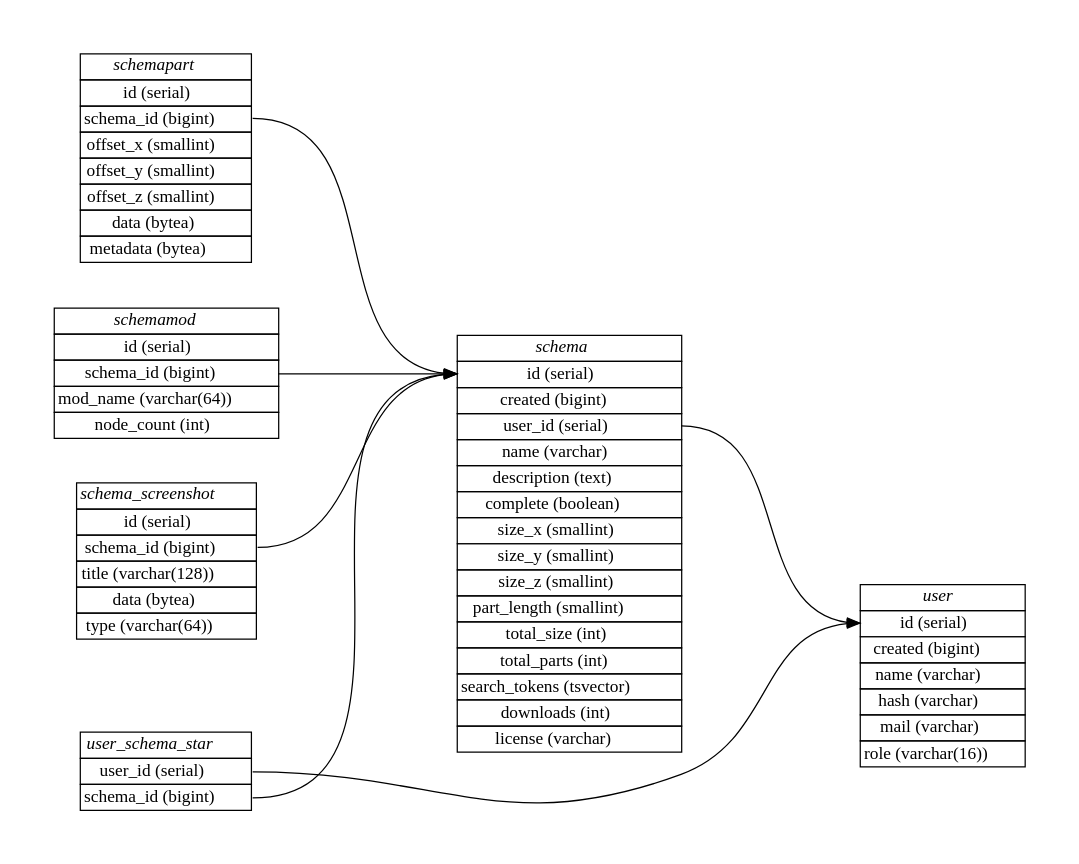
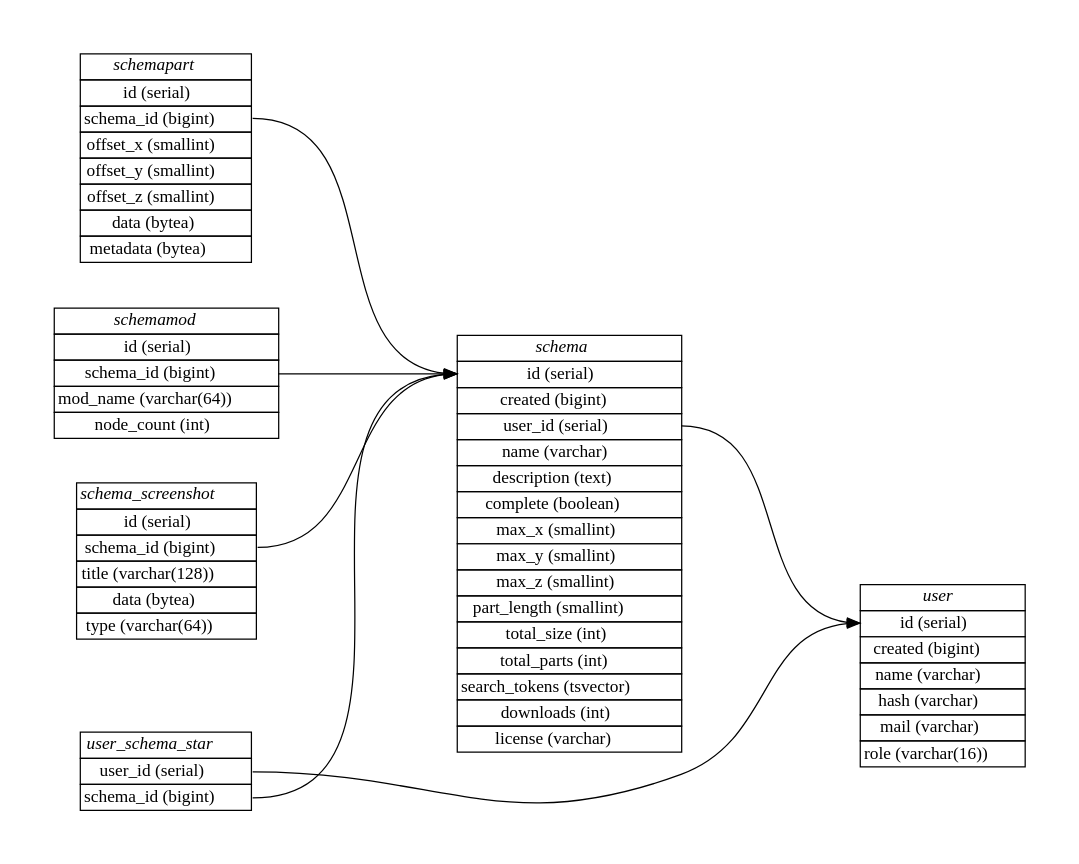
Before and after one commit to blockexchange/blockexchange_server: the diagram in doc/database.dot, drawn with Graphviz. The commit also changed 10 other files, not shown here.

Commit message:
rename size_* to max_* and calculate size

```diff
--- a/doc/database.dot
+++ b/doc/database.dot
@@ -1,82 +1,82 @@
 digraph {
     graph [pad="0.5", nodesep="0.5", ranksep="2"];
     node [shape=plain]
     rankdir=LR;
 
 user [label=<
 <table border="0" cellborder="1" cellspacing="0">
   <tr><td><i>user</i></td></tr>
   <tr><td port="1">id (serial)</td></tr>
   <tr><td port="2">created (bigint)</td></tr>
   <tr><td port="3">name (varchar)</td></tr>
   <tr><td port="4">hash (varchar)</td></tr>
   <tr><td port="5">mail (varchar)</td></tr>
   <tr><td port="5a">role (varchar(16))</td></tr>
 </table>>];
 
 
 schema [label=<
 <table border="0" cellborder="1" cellspacing="0">
   <tr><td><i>schema</i></td></tr>
   <tr><td port="6">id (serial)</td></tr>
   <tr><td port="7">created (bigint)</td></tr>
   <tr><td port="8">user_id (serial)</td></tr>
   <tr><td port="9">name (varchar)</td></tr>
   <tr><td port="10">description (text)</td></tr>
   <tr><td port="11">complete (boolean)</td></tr>
-  <tr><td port="12">size_x (smallint)</td></tr>
-  <tr><td port="13">size_y (smallint)</td></tr>
-  <tr><td port="14">size_z (smallint)</td></tr>
+  <tr><td port="12">max_x (smallint)</td></tr>
+  <tr><td port="13">max_y (smallint)</td></tr>
+  <tr><td port="14">max_z (smallint)</td></tr>
   <tr><td port="15">part_length (smallint)</td></tr>
   <tr><td port="16">total_size (int)</td></tr>
   <tr><td port="17">total_parts (int)</td></tr>
   <tr><td port="18">search_tokens (tsvector)</td></tr>
   <tr><td port="19">downloads (int)</td></tr>
   <tr><td port="20">license (varchar)</td></tr>
 </table>>];
 
 schemapart [label=<
 <table border="0" cellborder="1" cellspacing="0">
   <tr><td><i>schemapart</i></td></tr>
   <tr><td port="22">id (serial)</td></tr>
   <tr><td port="23">schema_id (bigint)</td></tr>
   <tr><td port="24">offset_x (smallint)</td></tr>
   <tr><td port="25">offset_y (smallint)</td></tr>
   <tr><td port="26">offset_z (smallint)</td></tr>
   <tr><td port="27">data (bytea)</td></tr>
   <tr><td port="28">metadata (bytea)</td></tr>
 </table>>];
 
 schemamod [label=<
 <table border="0" cellborder="1" cellspacing="0">
   <tr><td><i>schemamod</i></td></tr>
   <tr><td port="29">id (serial)</td></tr>
   <tr><td port="30">schema_id (bigint)</td></tr>
   <tr><td port="31">mod_name (varchar(64))</td></tr>
   <tr><td port="32">node_count (int)</td></tr>
 </table>>];
 
 user_schema_star [label=<
 <table border="0" cellborder="1" cellspacing="0">
   <tr><td><i>user_schema_star</i></td></tr>
   <tr><td port="33">user_id (serial)</td></tr>
   <tr><td port="34">schema_id (bigint)</td></tr>
 </table>>];
 
 schema_screenshot [label=<
 <table border="0" cellborder="1" cellspacing="0">
   <tr><td><i>schema_screenshot</i></td></tr>
   <tr><td port="35">id (serial)</td></tr>
   <tr><td port="36">schema_id (bigint)</td></tr>
   <tr><td port="37">title (varchar(128))</td></tr>
   <tr><td port="38">data (bytea)</td></tr>
   <tr><td port="39">type (varchar(64))</td></tr>
 </table>>];
 
 schema:8 -> user:1;
 schemapart:23 -> schema:6;
 schemamod:30 -> schema:6;
 user_schema_star:33 -> user:1;
 user_schema_star:34 -> schema:6;
 schema_screenshot:36 -> schema:6;
 }
```
